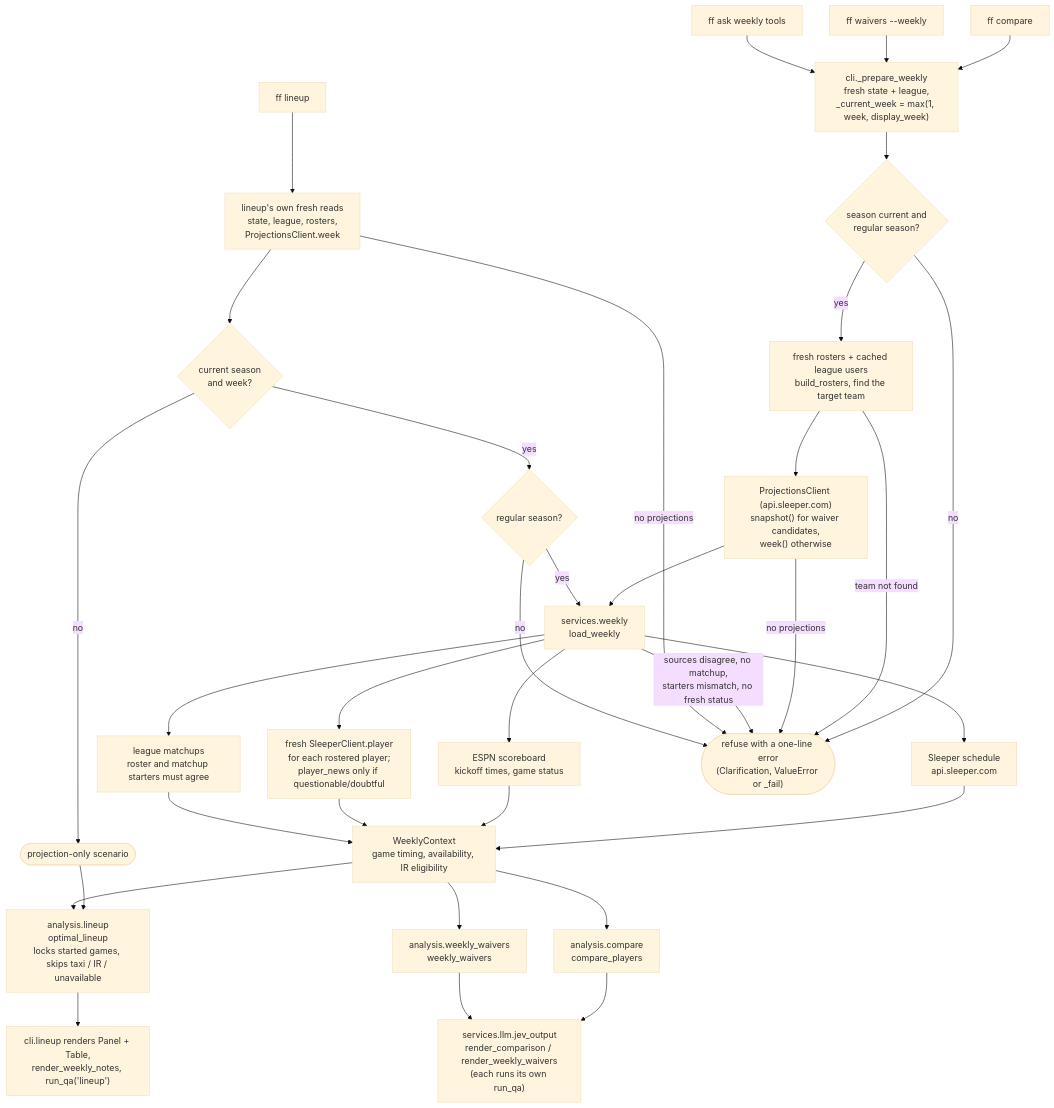
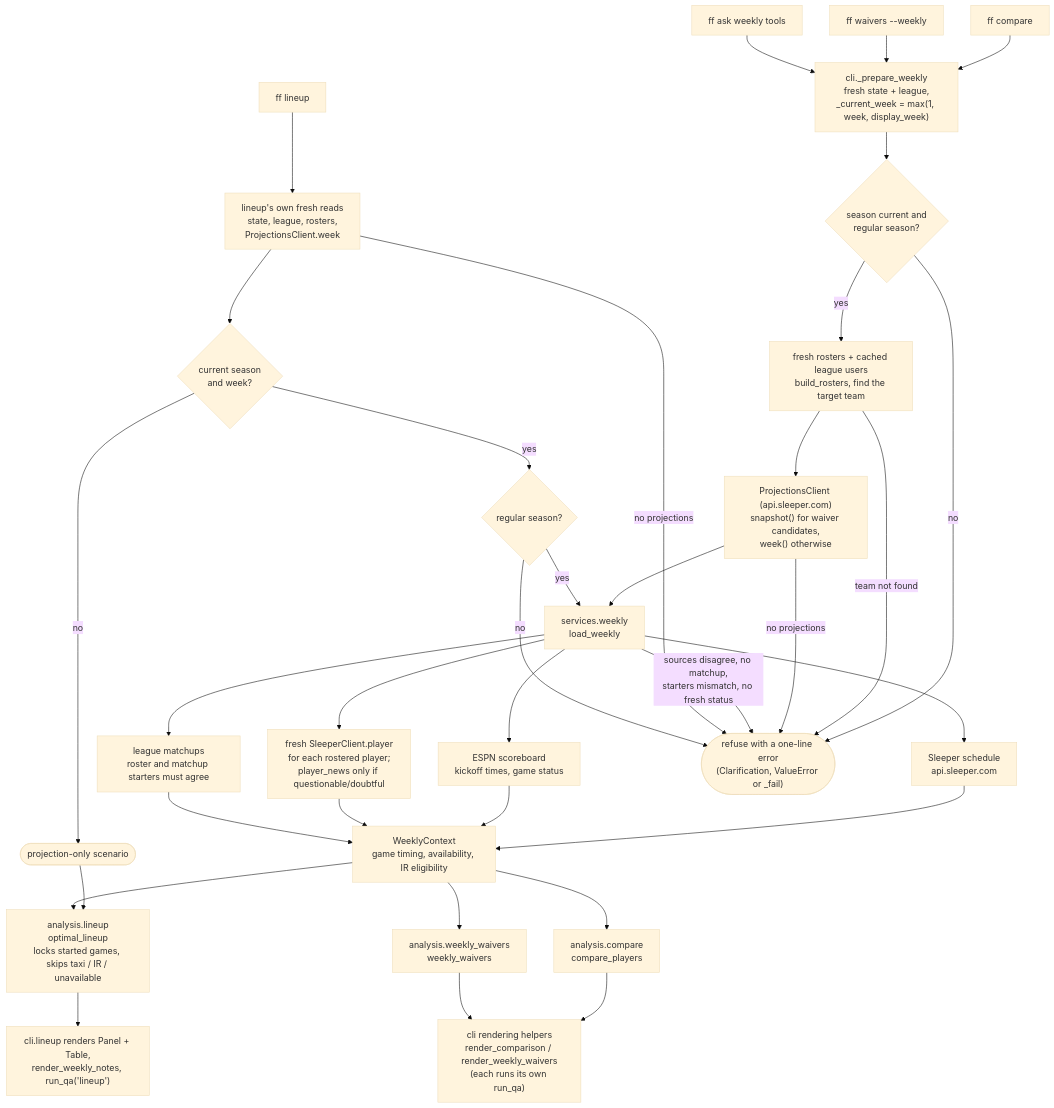
The sixth of 7 diagrams in docs/architecture.md (savvides/ff), drawn with Mermaid (base theme) before and after one commit. The commit also changed other lines of this file and 23 other files, not shown here.

First line of the commit message:
Remove hosted Jev backend and internalize weekly rendering helpers (#45)

````diff
--- a/docs/architecture.md
+++ b/docs/architecture.md
@@ -297,59 +291,59 @@
 ```mermaid
 flowchart TD
   lineup["ff lineup"]
   compare["ff compare"]
   ww["ff waivers --weekly"]
   askw["ff ask weekly tools"]
 
   prep["cli._prepare_weekly<br/>fresh state + league,<br/>_current_week = max(1, week, display_week)"]
   gate{"season current and<br/>regular season?"}
   ros["fresh rosters + cached league users<br/>build_rosters, find the target team"]
   proj["ProjectionsClient (api.sleeper.com)<br/>snapshot() for waiver candidates,<br/>week() otherwise"]
   lw["services.weekly<br/>load_weekly"]
   sched["Sleeper schedule<br/>api.sleeper.com"]
   espnn["ESPN scoreboard<br/>kickoff times, game status"]
   status["fresh SleeperClient.player<br/>for each rostered player;<br/>player_news only if questionable/doubtful"]
   match["league matchups<br/>roster and matchup starters must agree"]
   ctx["WeeklyContext<br/>game timing, availability, IR eligibility"]
   fail(["refuse with a one-line error<br/>(Clarification, ValueError or _fail)"])
 
   lineup_own["lineup's own fresh reads<br/>state, league, rosters,<br/>ProjectionsClient.week"]
   cur{"current season<br/>and week?"}
   reg{"regular season?"}
   projonly(["projection-only scenario"])
 
   lu_out["cli.lineup renders Panel + Table,<br/>render_weekly_notes, run_qa('lineup')"]
   a_lu["analysis.lineup<br/>optimal_lineup<br/>locks started games, skips taxi / IR / unavailable"]
   a_cmp["analysis.compare<br/>compare_players"]
   a_ww["analysis.weekly_waivers<br/>weekly_waivers"]
-  jo["services.llm.jev_output<br/>render_comparison / render_weekly_waivers<br/>(each runs its own run_qa)"]
+  jo["cli rendering helpers<br/>render_comparison / render_weekly_waivers<br/>(each runs its own run_qa)"]
 
   compare --> prep
   ww --> prep
   askw --> prep
   prep --> gate
   gate -- no --> fail
   gate -- yes --> ros
   ros -- team not found --> fail
   ros --> proj
   proj -- no projections --> fail
   proj --> lw
   lw --> sched & espnn & status & match
   sched & espnn & status & match --> ctx
   lw -- "sources disagree, no matchup,<br/>starters mismatch, no fresh status" --> fail
 
   lineup --> lineup_own
   lineup_own -- no projections --> fail
   lineup_own --> cur
   cur -- yes --> reg
   reg -- no --> fail
   reg -- yes --> lw
   cur -- no --> projonly --> a_lu
 
   ctx --> a_lu
   ctx --> a_cmp
   ctx --> a_ww
   a_lu --> lu_out
   a_cmp --> jo
   a_ww --> jo
 ```
````
